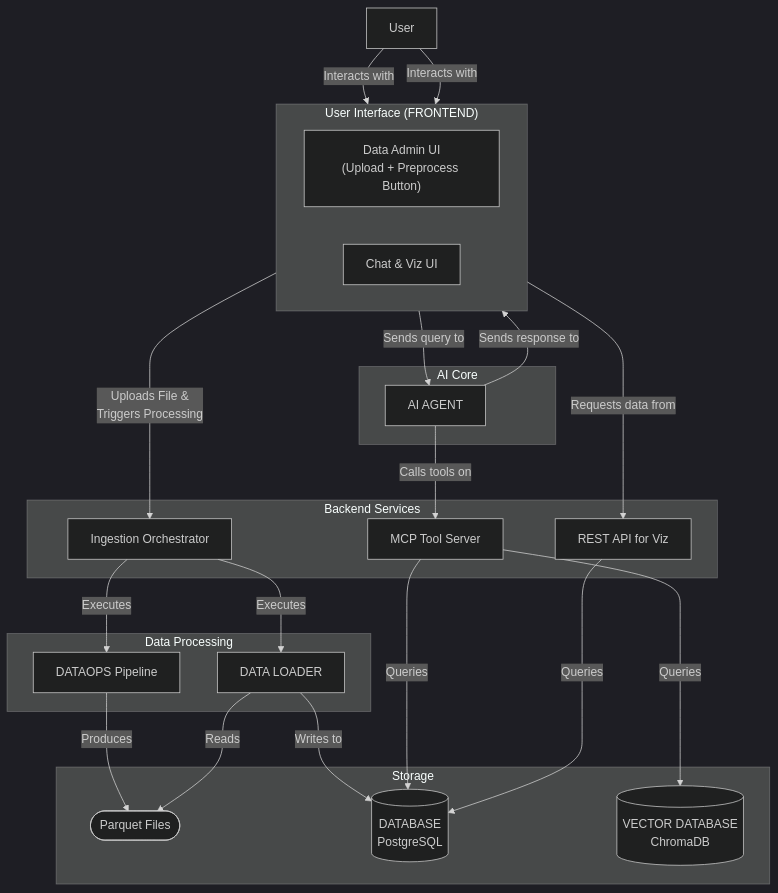
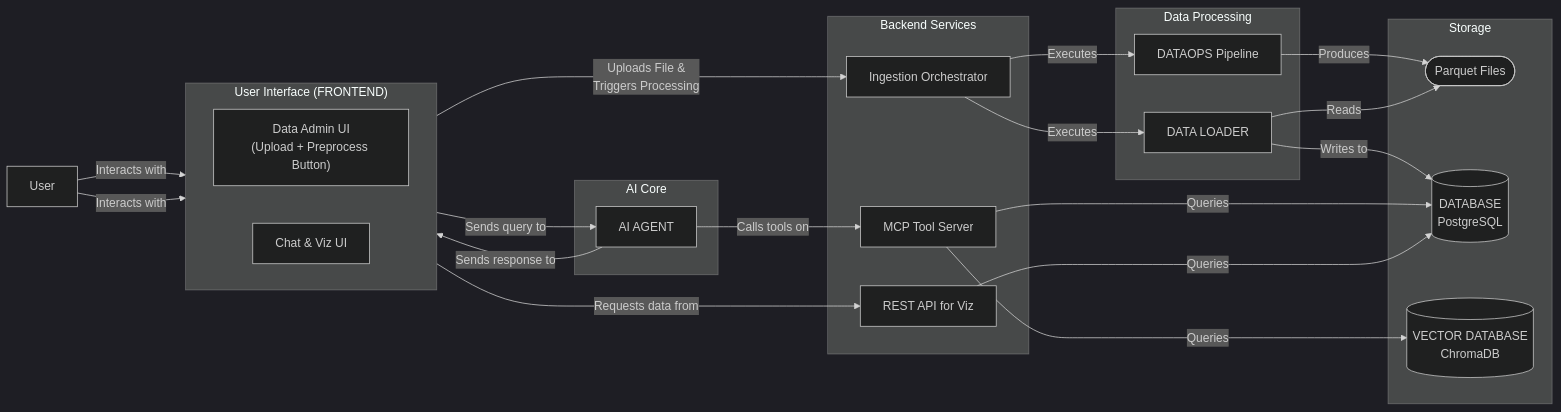
One commit to Hackteam2025/SIH25 changed the diagram in docs/architecture.md. Above: the diagram before and after it, drawn with Mermaid (dark theme). The commit also changed 7 other files, not shown here.

````diff
--- a/docs/architecture.md
+++ b/docs/architecture.md
@@ -87,48 +87,48 @@
 ```mermaid
-graph TD
+graph LR
     subgraph "User Interface (FRONTEND)"
         direction LR
         UI_Admin["Data Admin UI<br>(Upload + Preprocess Button)"]
         UI_Chat["Chat & Viz UI"]
     end
 
     subgraph "Backend Services"
         API_Orchestrator[Ingestion Orchestrator]
         API_MCP[MCP Tool Server]
         API_REST[REST API for Viz]
     end
 
     subgraph "Data Processing"
         DATAOPS_PIPELINE[DATAOPS Pipeline]
         DATA_LOADER[DATA LOADER]
     end
 
     subgraph "AI Core"
         AI_AGENT[AI AGENT]
     end
 
     subgraph "Storage"
         PARQUET_FILES([Parquet Files])
         DATABASE[(DATABASE<br>PostgreSQL)]
         VECTOR_DB[(VECTOR DATABASE<br>ChromaDB)]
     end
 
     USER[User] -- Interacts with --> UI_Admin
     USER -- Interacts with --> UI_Chat
 
     UI_Admin -- Uploads File &<br>Triggers Processing --> API_Orchestrator
     API_Orchestrator -- Executes --> DATAOPS_PIPELINE
     DATAOPS_PIPELINE -- Produces --> PARQUET_FILES
     API_Orchestrator -- Executes --> DATA_LOADER
     DATA_LOADER -- Reads --> PARQUET_FILES
     DATA_LOADER -- Writes to --> DATABASE
 
     UI_Chat -- Sends query to --> AI_AGENT
     AI_AGENT -- Sends response to --> UI_Chat
     UI_Chat -- Requests data from --> API_REST
 
     AI_AGENT -- Calls tools on --> API_MCP
 
     API_MCP -- Queries --> DATABASE & VECTOR_DB
     API_REST -- Queries --> DATABASE
 ```
````
